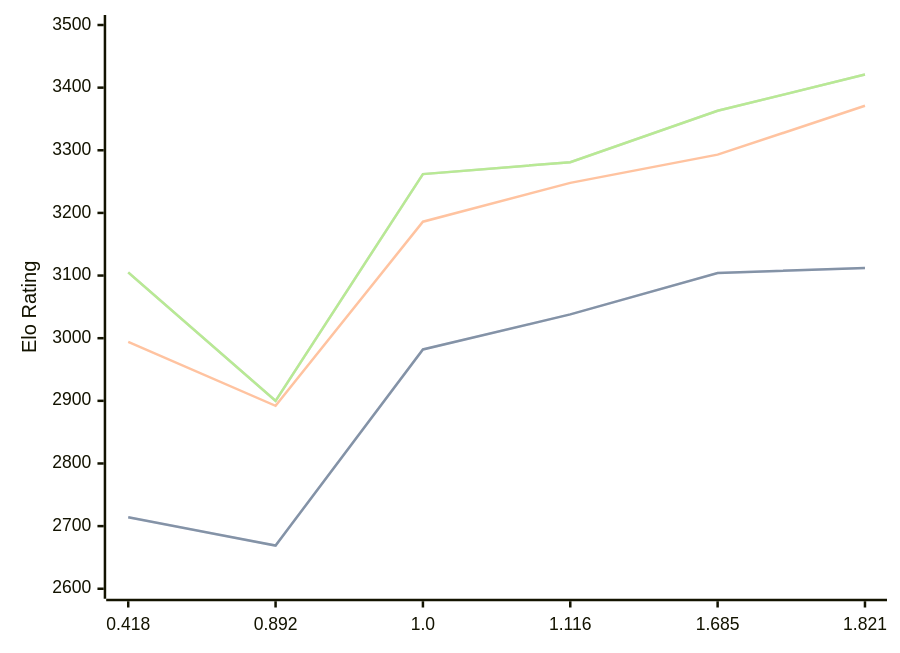
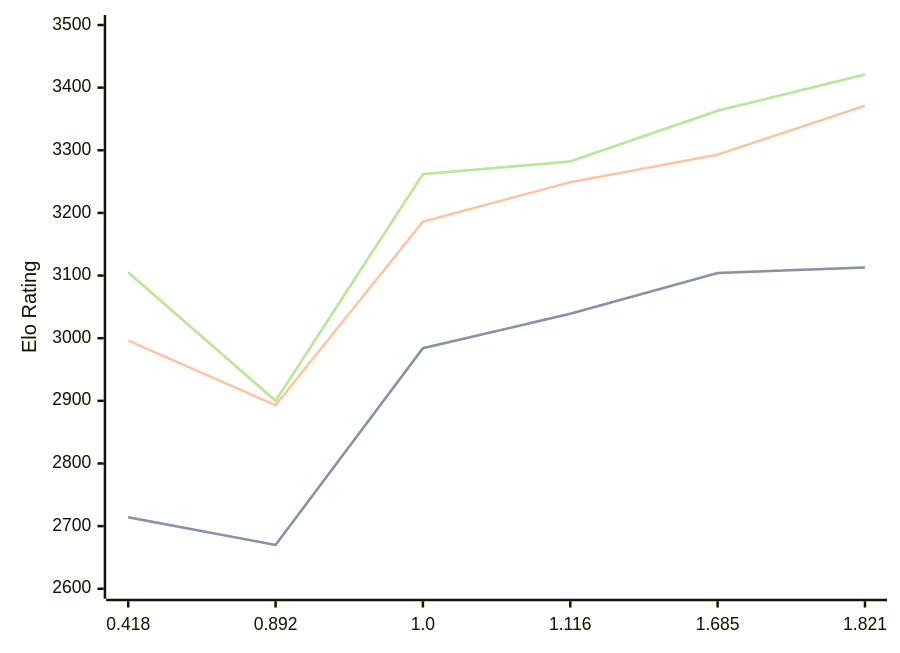
Before and after one commit to computer-chess-index/cci: the diagram in engines/Malika.md, drawn with Mermaid. The commit also changed other lines of this file, not shown here.

Commit message:
Update CCI Ratings (ELO VLTC) - 2026-09-16

````diff
--- a/engines/Malika.md
+++ b/engines/Malika.md
@@ -36,11 +36,11 @@
 ```mermaid
 %%{init: {"theme":"base","themeVariables":{"seriesColors:['#a3a3a3','#222221','#faa371']}}}%%
 xychart-beta
   x-axis ["0.418", "0.892", "1.0", "1.116", "1.685", "1.821"]
   y-axis "Elo Rating" 2600 --> 3500
-  line "" [2714, 2669, 2982, 3038, 3104, 3112]
-  line "STC (8.0+0.08s)" [2714, 2669, 2982, 3038, 3104, 3112]
-  line "LTC (60.0+0.60s)" [2994, 2892, 3186, 3248, 3293, 3371]
-  line "" [3105, 2900, 3262, 3281, 3363, 3421]
-  line "VLTC (2m24s+1.12s)" [3105, 2900, 3262, 3281, 3363, 3421]
+  line "" [2714, 2670, 2984, 3039, 3104, 3113]
+  line "STC (8.0+0.08s)" [2714, 2670, 2984, 3039, 3104, 3113]
+  line "LTC (60.0+0.60s)" [2996, 2893, 3186, 3249, 3293, 3371]
+  line "" [3105, 2900, 3262, 3282, 3363, 3421]
+  line "VLTC (2m24s+1.12s)" [3105, 2900, 3262, 3282, 3363, 3421]
 ```
````
